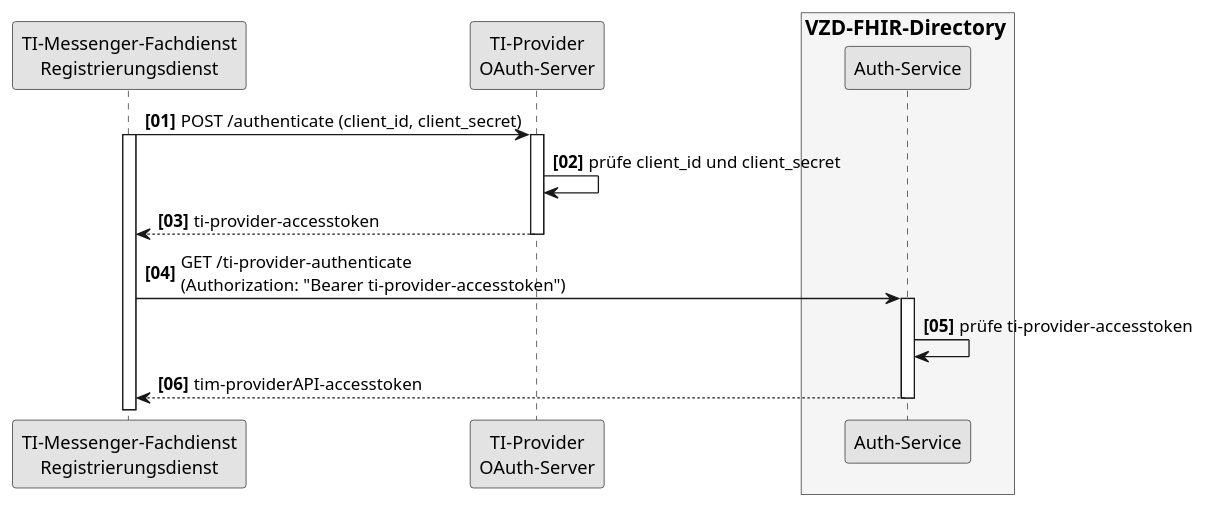
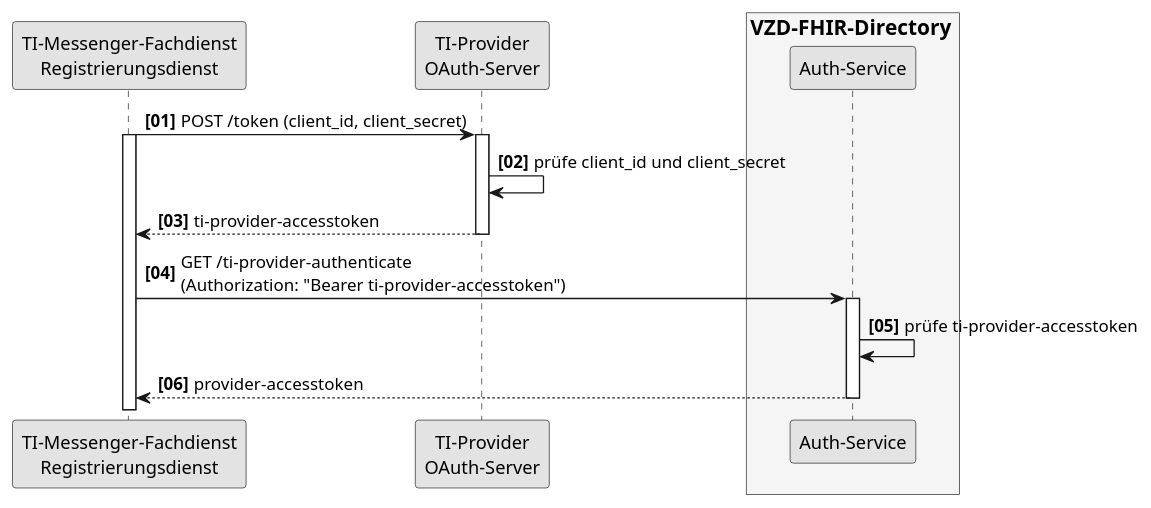
The diagram in src/plantuml/SequenceDiagram.FHIR-Directory.tim_provider_auth.puml (gematik/api-vzd), drawn with PlantUML before and after one commit. The commit also changed 1 other file, not shown here.

Commit message:
changed oauth endpoint and token name

```diff
--- a/src/plantuml/SequenceDiagram.FHIR-Directory.tim_provider_auth.puml
+++ b/src/plantuml/SequenceDiagram.FHIR-Directory.tim_provider_auth.puml
@@ -1,26 +1,26 @@
 @startuml SequenceDiagram.FHIR-Directory.tim_provider.auth
 skinparam dpi 100
 skinparam WrapWidth 200
 skinparam monochrome true
 autonumber "<b>[00]"
 
 participant rd as "TI-Messenger-Fachdienst\nRegistrierungsdienst"
 participant oa as "TI-Provider\nOAuth-Server"
 box <size:16>VZD-FHIR-Directory</size> #WhiteSmoke
 participant fa as "Auth-Service"
 end box
 
-rd -> oa: POST /authenticate (client_id, client_secret)
+rd -> oa: POST /token (client_id, client_secret)
 activate rd
 activate oa
 oa -> oa: prüfe client_id und client_secret
 oa --> rd: ti-provider-accesstoken
 deactivate oa
 
 rd -> fa: GET /ti-provider-authenticate\n(Authorization: "Bearer ti-provider-accesstoken")
 activate fa
 fa -> fa: prüfe ti-provider-accesstoken
-fa --> rd: tim-providerAPI-accesstoken
+fa --> rd: provider-accesstoken
 deactivate fa
 
 @enduml
```
